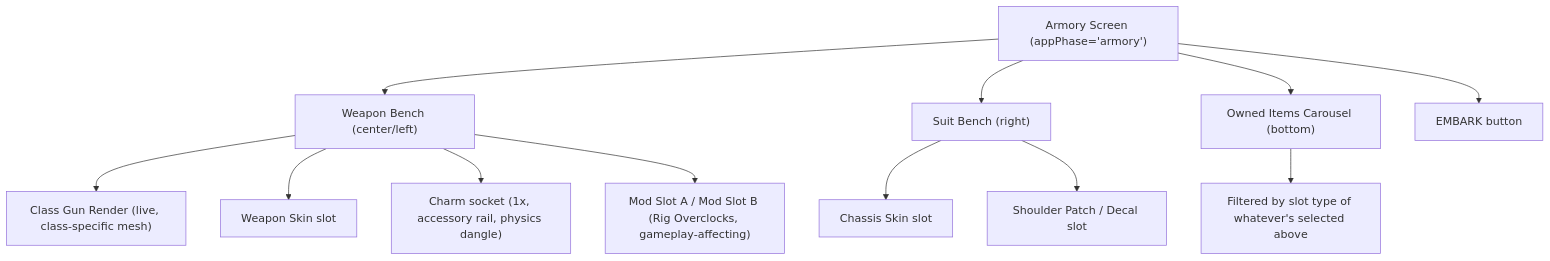
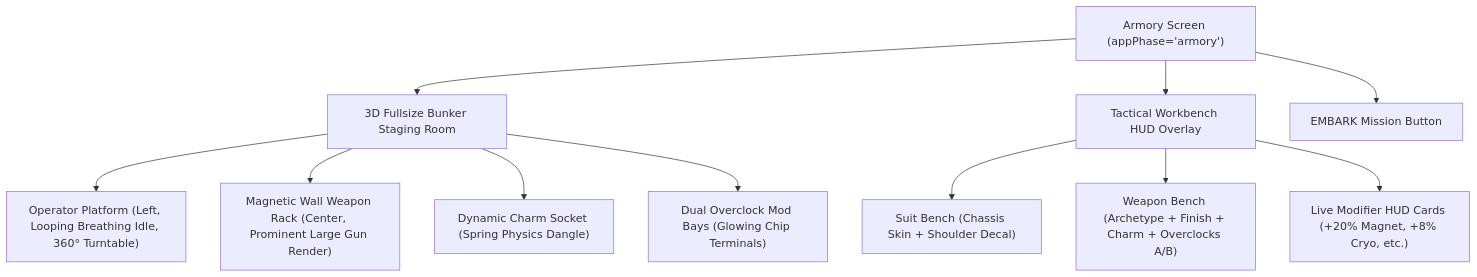
The diagram in docs/season-zero-protocol/07-armory-and-weapon-bench.md (grounded-play/hunker-bunker), drawn with Mermaid before and after one commit. The commit also changed other lines of this file and 2 other files, not shown here.

Commit message:
docs(armory): document fullsize 3D staging room design, idle operator, wall weapon bench, and clean T-pose prompts

````diff
--- a/docs/season-zero-protocol/07-armory-and-weapon-bench.md
+++ b/docs/season-zero-protocol/07-armory-and-weapon-bench.md
@@ -113,17 +140,15 @@
 ```mermaid
 graph TD
-    A["Armory Screen (appPhase='armory')"] --> B["Weapon Bench (center/left)"]
-    A --> C["Suit Bench (right)"]
-    A --> D["Owned Items Carousel (bottom)"]
-    A --> E["EMBARK button"]
+    A["Armory Screen (appPhase='armory')"] --> B["3D Fullsize Bunker Staging Room"]
+    A --> C["Tactical Workbench HUD Overlay"]
+    A --> D["EMBARK Mission Button"]
 
-    B --> B1["Class Gun Render (live, class-specific mesh)"]
-    B --> B2["Weapon Skin slot"]
-    B --> B3["Charm socket (1x, accessory rail, physics dangle)"]
-    B --> B4["Mod Slot A / Mod Slot B (Rig Overclocks, gameplay-affecting)"]
+    B --> B1["Operator Platform (Left, Looping Breathing Idle, 360° Turntable)"]
+    B --> B2["Magnetic Wall Weapon Rack (Center, Prominent Large Gun Render)"]
+    B --> B3["Dynamic Charm Socket (Spring Physics Dangle)"]
+    B --> B4["Dual Overclock Mod Bays (Glowing Chip Terminals)"]
 
-    C --> C1["Chassis Skin slot"]
-    C --> C2["Shoulder Patch / Decal slot"]
-
-    D --> D1["Filtered by slot type of whatever's selected above"]
+    C --> C1["Suit Bench (Chassis Skin + Shoulder Decal)"]
+    C --> C2["Weapon Bench (Archetype + Finish + Charm + Overclocks A/B)"]
+    C --> C3["Live Modifier HUD Cards (+20% Magnet, +8% Cryo, etc.)"]
 ```
````
